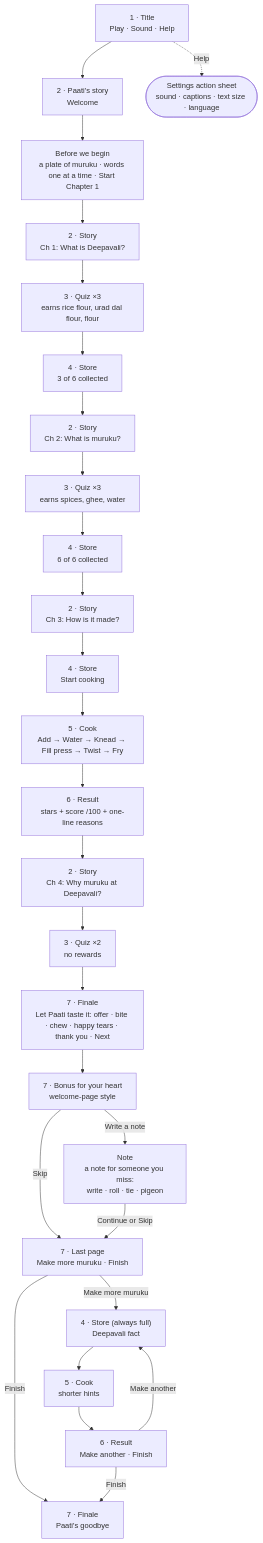
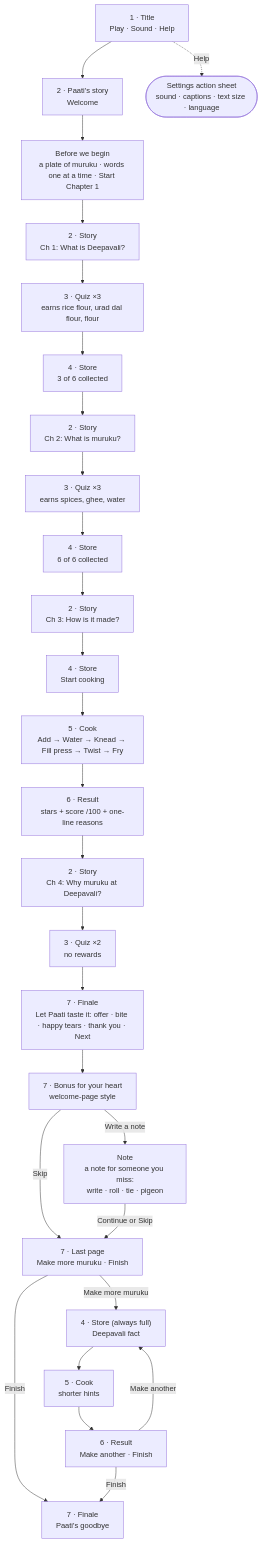
One commit to krishanala/paatis-recipe-kitchen changed the diagram in docs/user-flow.md. Above: the diagram before and after it, drawn with Mermaid. The commit also changed 6 other files, not shown here.

````diff
--- a/docs/user-flow.md
+++ b/docs/user-flow.md
@@ -5,34 +5,34 @@
 ```mermaid
 flowchart TD
     T["1 · Title<br/>Play · Sound · Help"] --> W["2 · Paati's story<br/>Welcome"]
     T -. Help .-> S(["Settings action sheet<br/>sound · captions · text size · language"])
 
     W --> I["Before we begin<br/>a plate of muruku · words one at a time · Start Chapter 1"]
     I --> C1["2 · Story<br/>Ch 1: What is Deepavali?"]
     C1 --> Q1["3 · Quiz ×3<br/>earns rice flour, urad dal flour, flour"]
     Q1 --> ST1["4 · Store<br/>3 of 6 collected"]
 
     ST1 --> C2["2 · Story<br/>Ch 2: What is muruku?"]
     C2 --> Q2["3 · Quiz ×3<br/>earns spices, ghee, water"]
     Q2 --> ST2["4 · Store<br/>6 of 6 collected"]
 
     ST2 --> C3["2 · Story<br/>Ch 3: How is it made?"]
     C3 --> ST3["4 · Store<br/>Start cooking"]
     ST3 --> K["5 · Cook<br/>Add → Water → Knead → Fill press → Twist → Fry"]
     K --> R["6 · Result<br/>stars + score /100 + one-line reasons"]
 
     R --> C4["2 · Story<br/>Ch 4: Why muruku at Deepavali?"]
     C4 --> Q4["3 · Quiz ×2<br/>no rewards"]
-    Q4 --> F["7 · Finale<br/>Let Paati taste it: offer · bite · chew · happy tears · thank you · Next"]
+    Q4 --> F["7 · Finale<br/>Let Paati taste it: offer · bite · happy tears · thank you · Next"]
     F --> B["7 · Bonus for your heart<br/>welcome-page style"]
     B -- Write a note --> N["Note<br/>a note for someone you miss:<br/>write · roll · tie · pigeon"]
     B -- Skip --> C["7 · Last page<br/>Make more muruku · Finish"]
     N -- Continue or Skip --> C
     C -- Finish --> G["7 · Finale<br/>Paati's goodbye"]
 
     C -- Make more muruku --> FK["4 · Store (always full)<br/>Deepavali fact"]
     FK --> K2["5 · Cook<br/>shorter hints"]
     K2 --> R2["6 · Result<br/>Make another · Finish"]
     R2 -- Make another --> FK
     R2 -- Finish --> G
 ```
````
